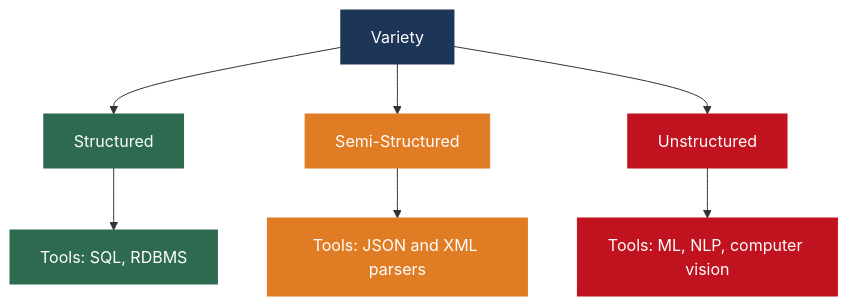
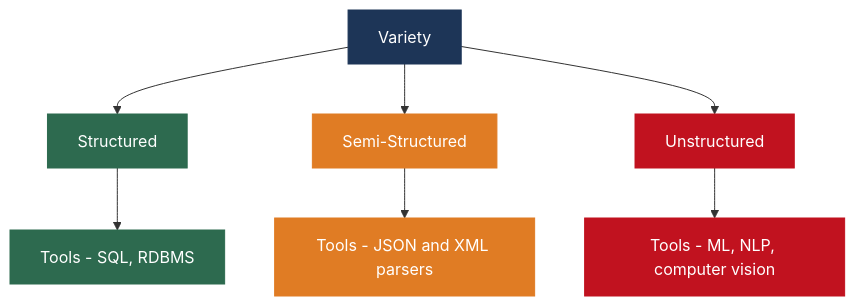
One commit to MuhammadTahaNasir/Big-Data-Analytics-Notes changed the fifth of 9 diagrams in Week1/Lecture1_BigData_Fundamentals.md. Above: the diagram before and after it, drawn with Mermaid. The commit also changed other lines of this file, not shown here.

````diff
--- a/Week1/Lecture1_BigData_Fundamentals.md
+++ b/Week1/Lecture1_BigData_Fundamentals.md
@@ -169,18 +169,18 @@
 ```mermaid
 flowchart TD
     V[Variety] --> S[Structured]
     V --> SS[Semi-Structured]
     V --> U[Unstructured]
 
-    S --> ST[Tools: SQL, RDBMS]
-    SS --> SST[Tools: JSON and XML parsers]
-    U --> UT[Tools: ML, NLP, computer vision]
+    S --> ST[Tools - SQL, RDBMS]
+    SS --> SST[Tools - JSON and XML parsers]
+    U --> UT[Tools - ML, NLP, computer vision]
 
     style V fill:#1d3557,color:#fff,stroke:#1d3557
     style S fill:#2d6a4f,color:#fff,stroke:#2d6a4f
     style SS fill:#e07c24,color:#fff,stroke:#e07c24
     style U fill:#c1121f,color:#fff,stroke:#c1121f
     style ST fill:#2d6a4f,color:#fff,stroke:#2d6a4f
     style SST fill:#e07c24,color:#fff,stroke:#e07c24
     style UT fill:#c1121f,color:#fff,stroke:#c1121f
 ```
````
